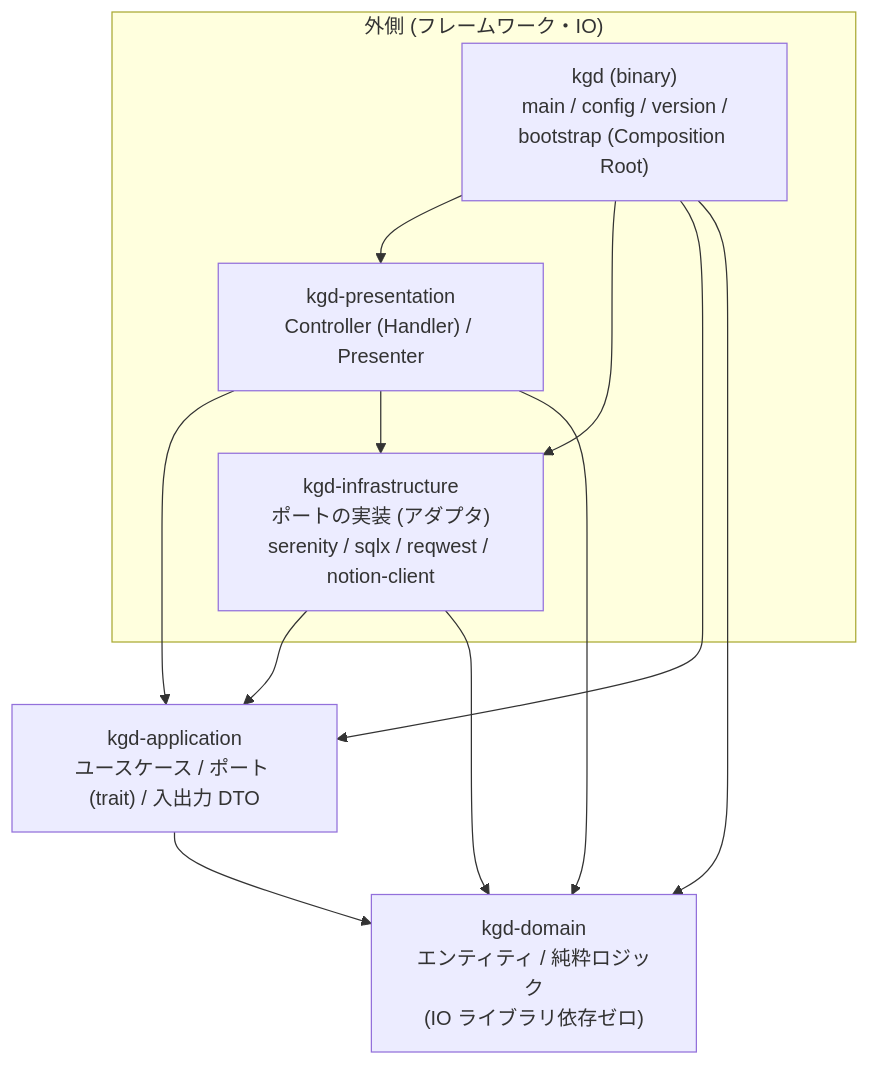
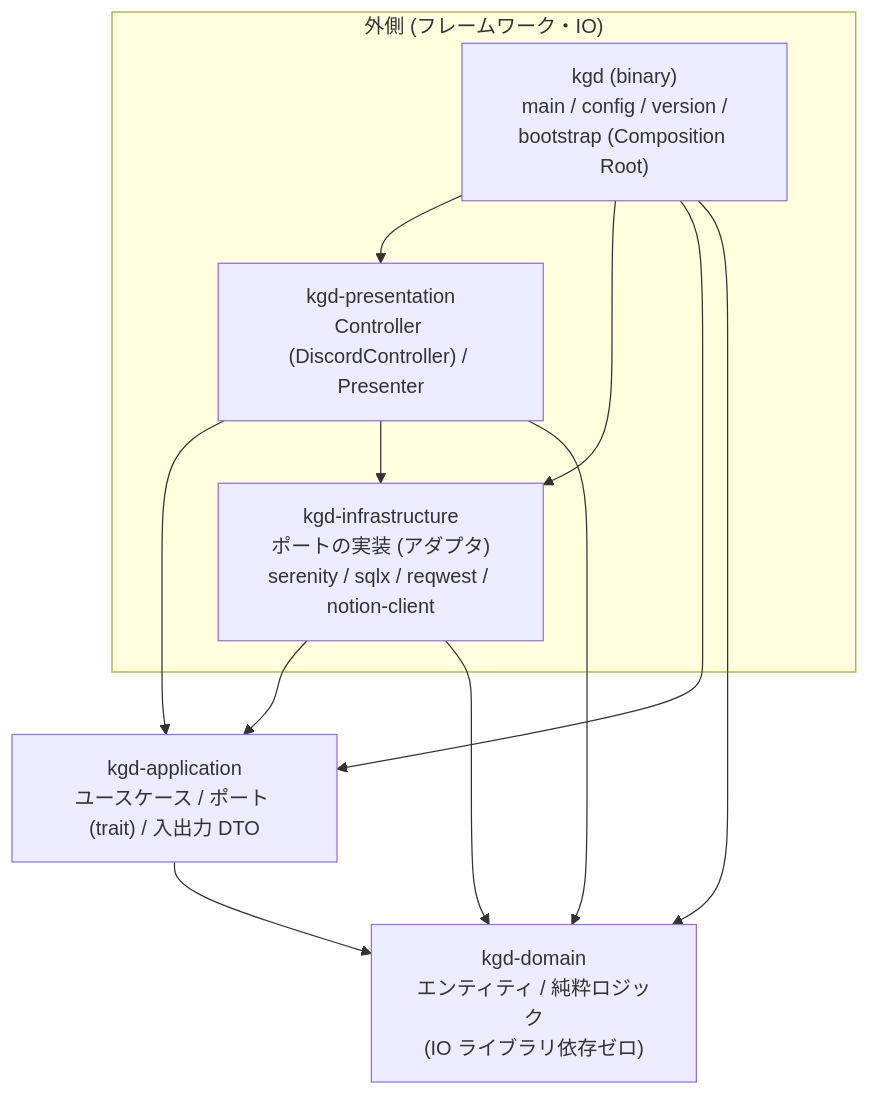
One commit to ekuinox/kgd changed the first of 4 diagrams in docs/architecture.md. Above: the diagram before and after it, drawn with Mermaid. The commit also changed other lines of this file and 31 other files, not shown here.

First line of the commit message:
ユースケース型に UseCase サフィックスを付け Handler を DiscordController にリネーム

````diff
--- a/docs/architecture.md
+++ b/docs/architecture.md
@@ -10,21 +10,21 @@
 ```mermaid
 graph TD
     subgraph outer["外側 (フレームワーク・IO)"]
         BIN["kgd (binary)<br>main / config / version /<br>bootstrap (Composition Root)"]
-        PRES["kgd-presentation<br>Controller (Handler) / Presenter"]
+        PRES["kgd-presentation<br>Controller (DiscordController) / Presenter"]
         INFRA["kgd-infrastructure<br>ポートの実装 (アダプタ)<br>serenity / sqlx / reqwest / notion-client"]
     end
     APP["kgd-application<br>ユースケース / ポート (trait) / 入出力 DTO"]
     DOM["kgd-domain<br>エンティティ / 純粋ロジック<br>(IO ライブラリ依存ゼロ)"]
 
     BIN --> PRES
     BIN --> INFRA
     BIN --> APP
     BIN --> DOM
     PRES --> APP
     PRES --> INFRA
     PRES --> DOM
     INFRA --> APP
     INFRA --> DOM
     APP --> DOM
 ```
````
